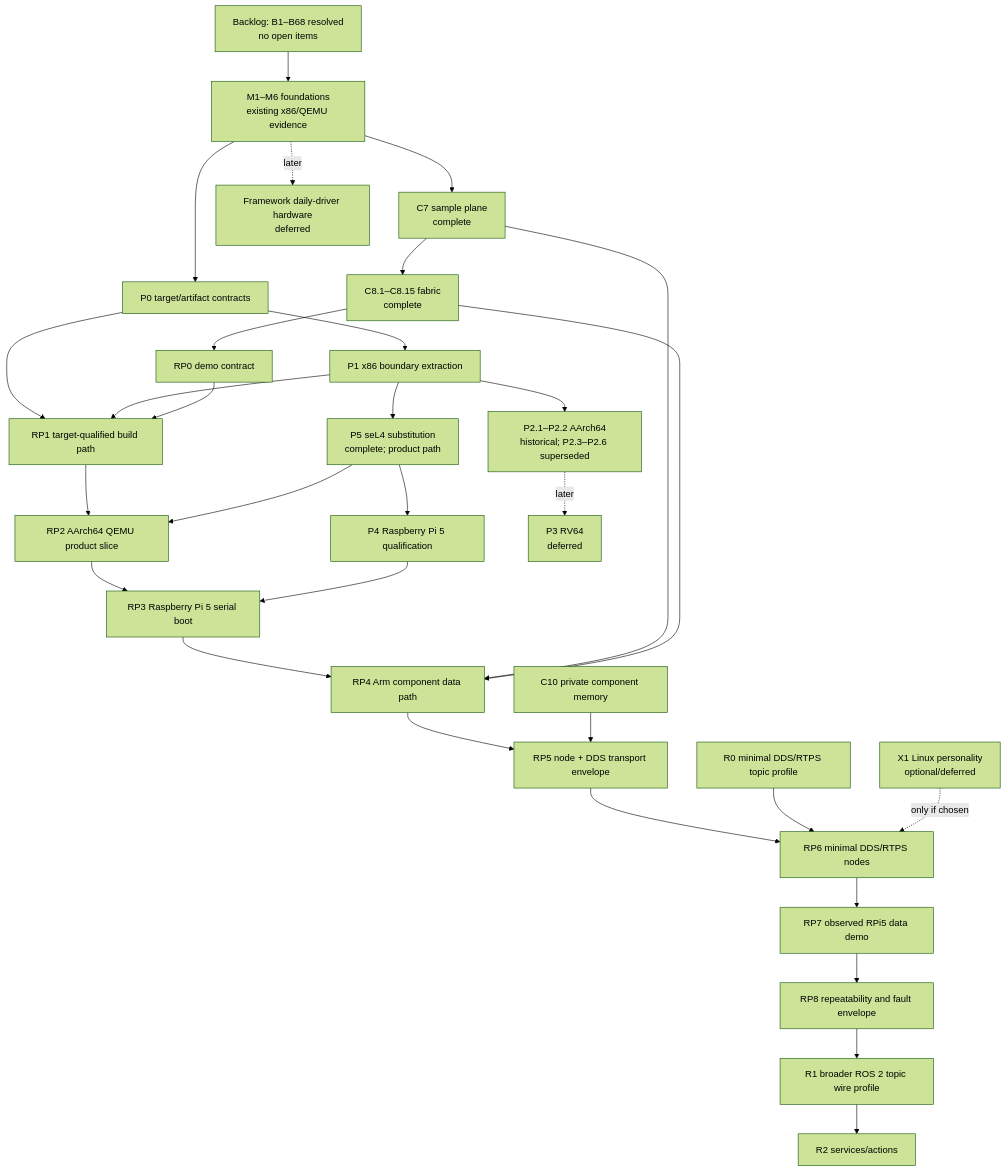
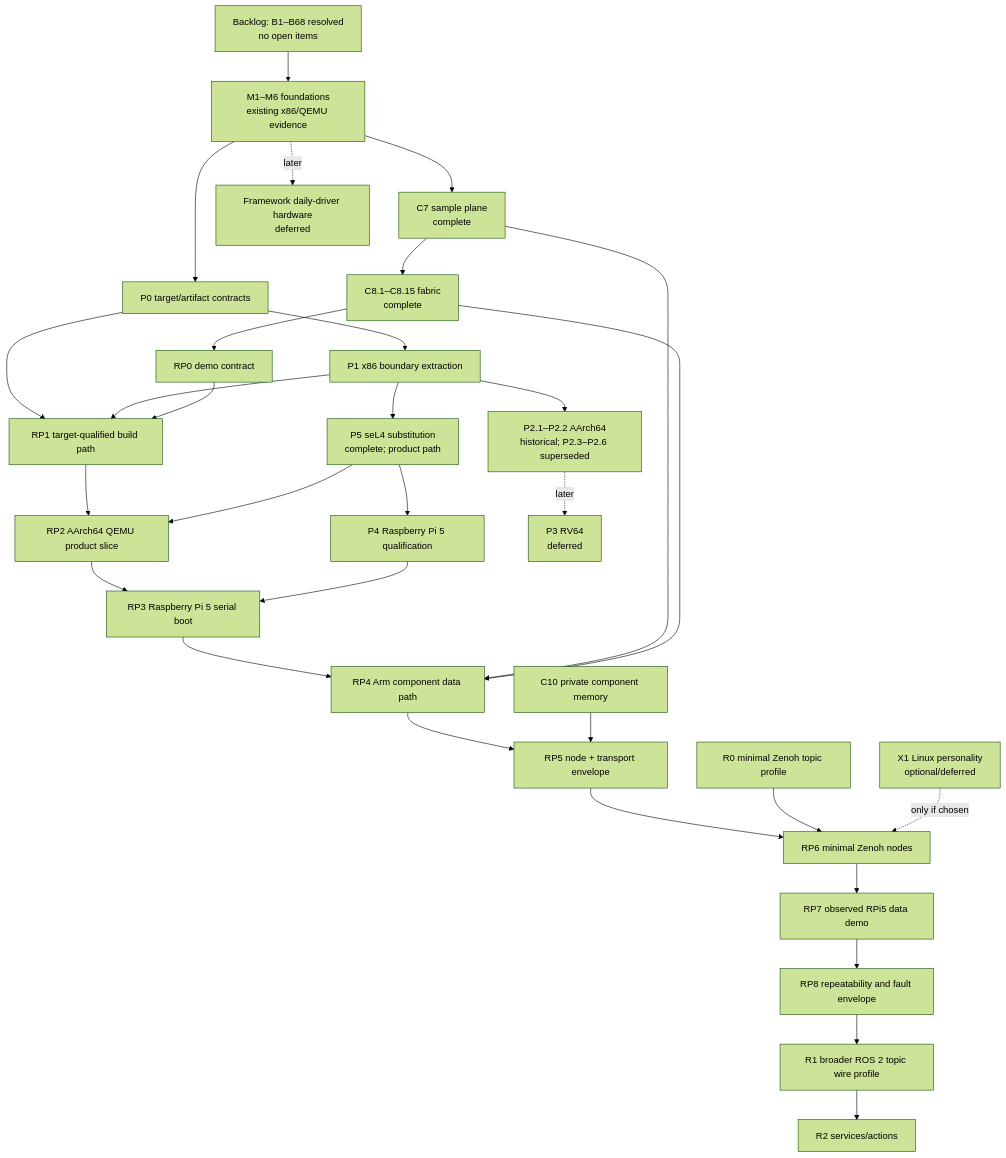
One commit to iceice666/slime_os changed the diagram in roadmap/README.md. Above: the diagram before and after it, drawn with Mermaid (forest theme). The commit also changed other lines of this file and 10 other files, not shown here.

First line of the commit message:
docs(roadmap/r0): pivot the ROS 2 transport plan to Zenoh

````diff
--- a/roadmap/README.md
+++ b/roadmap/README.md
@@ -44,47 +44,47 @@
 ```mermaid
 flowchart TD
     Backlog["Backlog: B1–B68 resolved\nno open items"]
     Foundations["M1–M6 foundations\nexisting x86/QEMU evidence"]
     C7["C7 sample plane\ncomplete"]
     C8["C8.1–C8.15 fabric\ncomplete"]
     P0["P0 target/artifact contracts"]
     P1["P1 x86 boundary extraction"]
     P2["P2.1–P2.2 AArch64\nhistorical; P2.3–P2.6 superseded"]
     P5["P5 seL4 substitution\ncomplete; product path"]
     P4["P4 Raspberry Pi 5 qualification"]
     C10["C10 private component memory"]
-    R0["R0 minimal DDS/RTPS topic profile"]
+    R0["R0 minimal Zenoh topic profile"]
     RP0["RP0 demo contract"]
     RP1["RP1 target-qualified build path"]
     RP2["RP2 AArch64 QEMU product slice"]
     RP3["RP3 Raspberry Pi 5 serial boot"]
     RP4["RP4 Arm component data path"]
-    RP5["RP5 node + DDS transport envelope"]
-    RP6["RP6 minimal DDS/RTPS nodes"]
+    RP5["RP5 node + transport envelope"]
+    RP6["RP6 minimal Zenoh nodes"]
     RP7["RP7 observed RPi5 data demo"]
     RP8["RP8 repeatability and fault envelope"]
     R1["R1 broader ROS 2 topic wire profile"]
     R2["R2 services/actions"]
     Framework["Framework daily-driver hardware\ndeferred"]
     RV64["P3 RV64\ndeferred"]
     X1["X1 Linux personality\noptional/deferred"]
 
     Backlog --> Foundations
     Foundations --> C7 --> C8
     Foundations --> P0 --> P1 --> P5 --> P4
     P1 --> P2
     C8 --> RP0
     P0 --> RP1
     P1 --> RP1
     RP0 --> RP1 --> RP2 --> RP3 --> RP4 --> RP5 --> RP6 --> RP7 --> RP8
     P5 --> RP2
     P4 --> RP3
     C7 --> RP4
     C8 --> RP4
     C10 --> RP5
     R0 --> RP6
     X1 -.->|only if chosen| RP6
     RP8 --> R1 --> R2
     P2 -.->|later| RV64
     Foundations -.->|later| Framework
 ```
````
